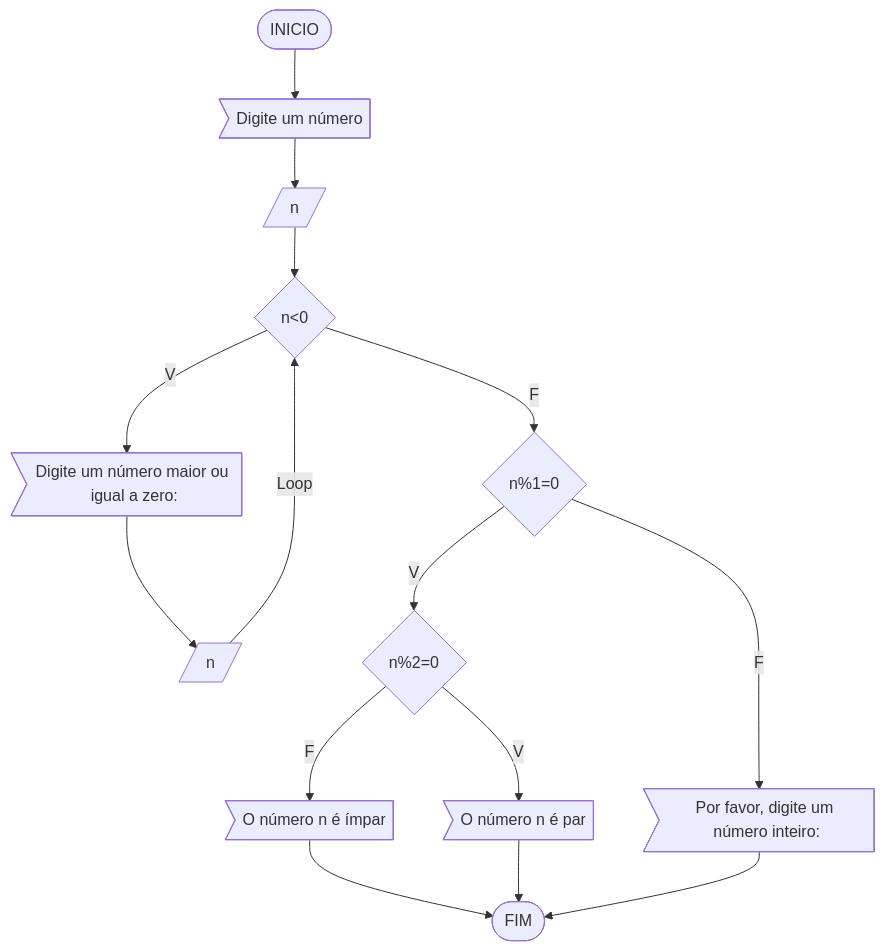
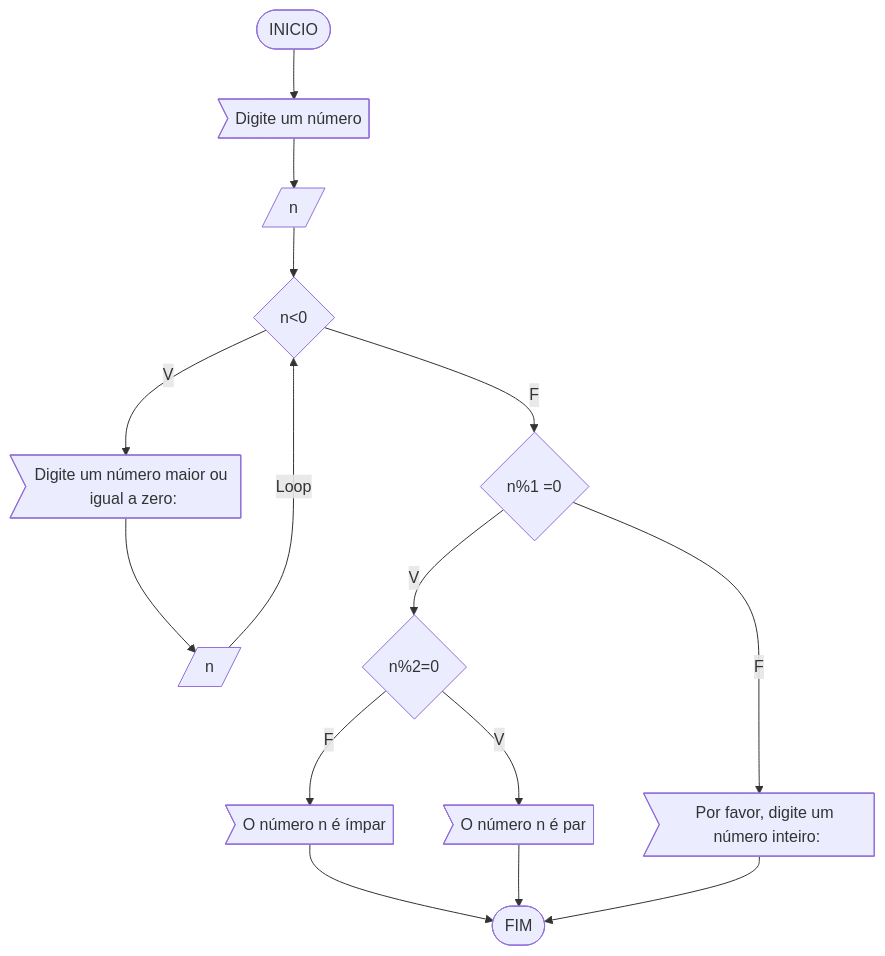
The first of 4 diagrams in RLA/lista3.md (angelomendonca0601/unifor), drawn with Mermaid before and after one commit.

````diff
--- a/RLA/lista3.md
+++ b/RLA/lista3.md
@@ -5,20 +5,20 @@
 ```mermaid
 flowchart TD
 id1([INICIO]) --> id2>"Digite um número"]
 id2 --> id3[/n/]
 id3 --> id4{n<0}
 id4 -- V --> id5>"Digite um número maior ou igual a zero:"]
 id5 --> id6[/n/]
 id6 --Loop-->id4
-id4 -- F --> id7{n%1=0}
+id4 -- F --> id7{n%1 =0}
 id7 -- F--> id8>Por favor, digite um número inteiro:]
 id7 -- V --> id9{n%2=0}
 id9 -- V --> id10>O número n é par]
 id9 -- F --> id11>O número n é ímpar]
 id11 --> id
 id10 --> id
 id8-->id
 
 
 id([FIM])
 ```
````
